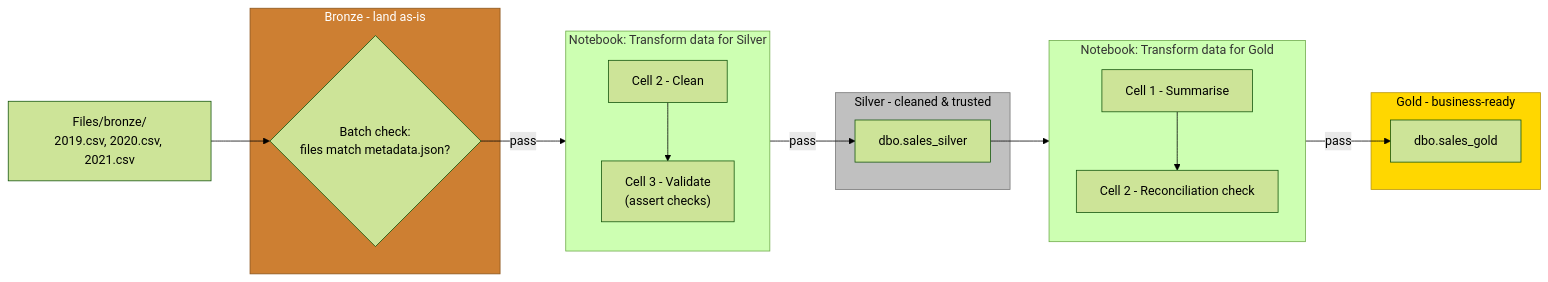
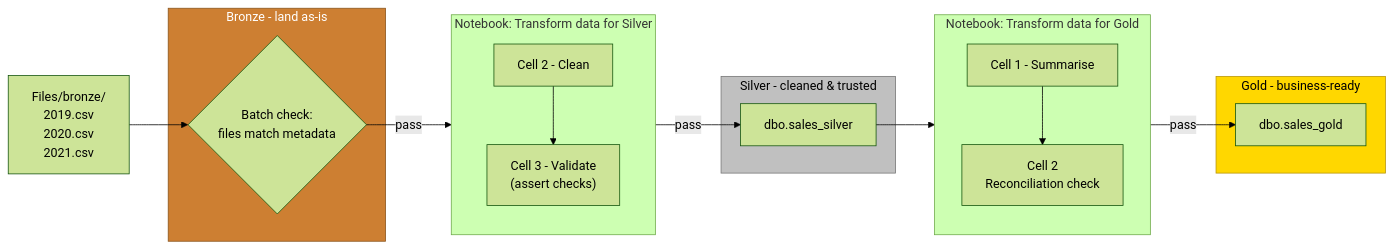
The diagram in docs/labs/31-medallion.md (qaalabs/DE5M6), drawn with Mermaid (forest theme) before and after one commit. The commit also changed other lines of this file and 2 other files, not shown here.

````diff
--- a/docs/labs/31-medallion.md
+++ b/docs/labs/31-medallion.md
@@ -10,46 +18,46 @@
 ```mermaid
 flowchart LR
-    CSV["Files/bronze/<br/>2019.csv, 2020.csv, 2021.csv"] --> CHECK1
+    CSV["Files/bronze/<br/>2019.csv<br/>2020.csv<br/>2021.csv"] --> CHECK1
 
     subgraph BRZ["Bronze - land as-is"]
-        CHECK1{"Batch check:<br/>files match metadata.json?"}
+        CHECK1{"Batch check:<br/>files match metadata"}
     end
 
     CHECK1 -->|pass| NB1
 
     subgraph NB1["Notebook: Transform data for Silver"]
         direction TB
         CLEAN["Cell 2 - Clean"]
         VALID["Cell 3 - Validate<br/>(assert checks)"]
         CLEAN --> VALID
     end
 
     VALID -->|pass| ST
 
     subgraph SIL["Silver - cleaned & trusted"]
         ST["dbo.sales_silver"]
     end
 
     ST --> NB2
 
     subgraph NB2["Notebook: Transform data for Gold"]
         direction TB
         SUM["Cell 1 - Summarise"]
-        RECON["Cell 2 - Reconciliation check"]
+        RECON["Cell 2<br/>Reconciliation check"]
         SUM --> RECON
     end
 
     RECON -->|pass| GT
 
     subgraph GLD["Gold - business-ready"]
         GT["dbo.sales_gold"]
     end
 
     classDef bronze fill:#cd7f32,stroke:#8a541c,color:#fff
     classDef silver fill:#c0c0c0,stroke:#767676,color:#000
     classDef gold fill:#ffd700,stroke:#b8960b,color:#000
 
     class BRZ bronze
     class SIL silver
     class GLD gold
 ```
````
